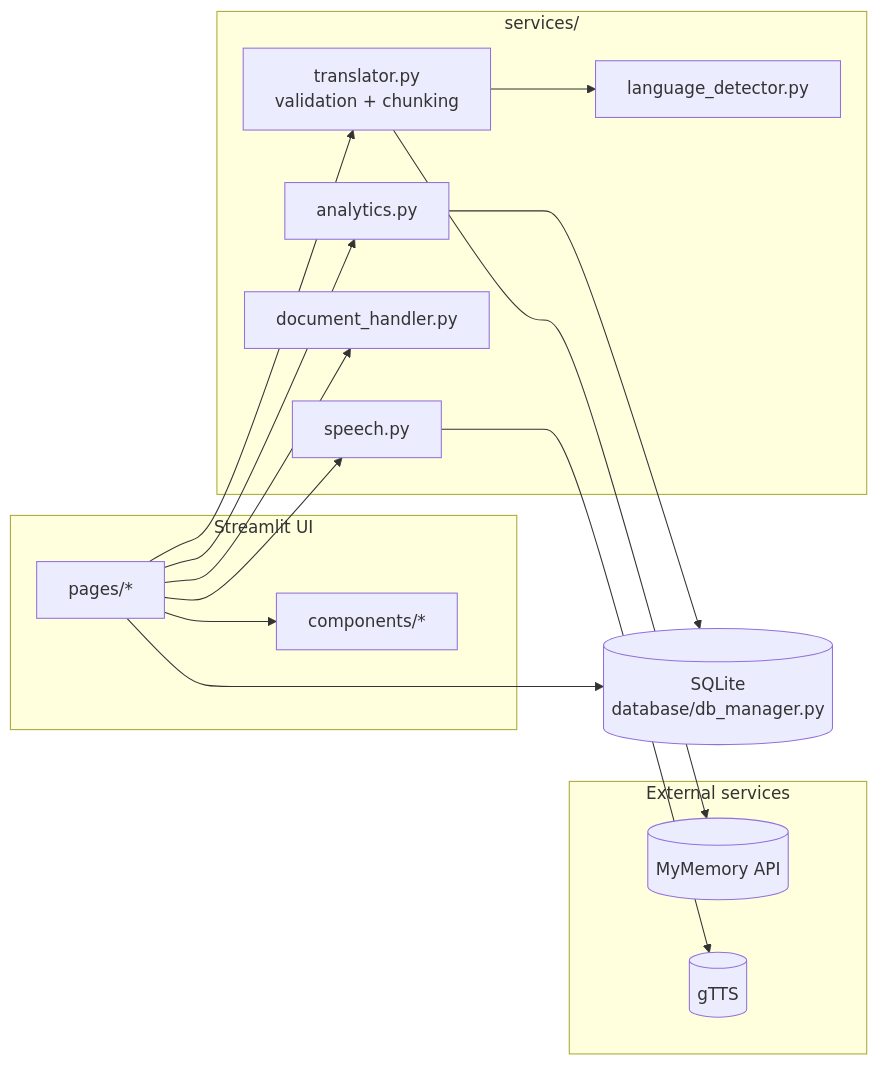
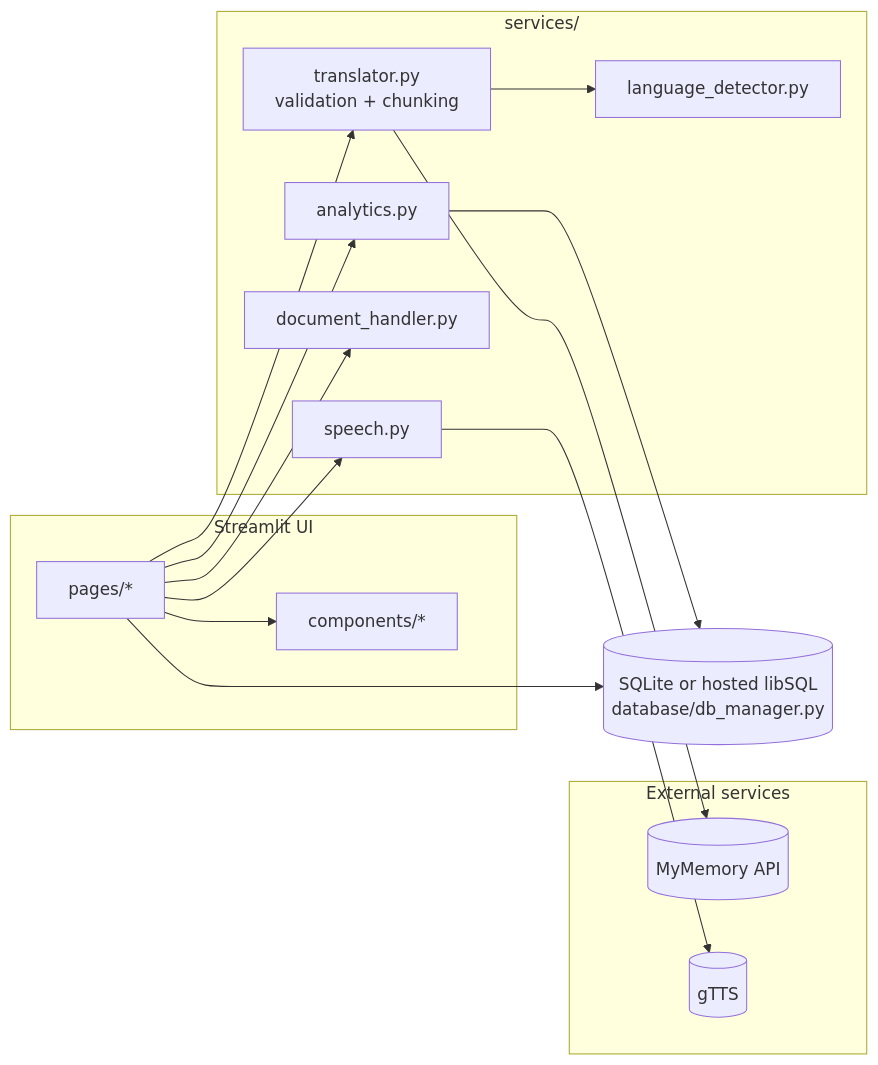
The first of 2 diagrams in README.md (AmanGupta-ai143/LinguaAI), drawn with Mermaid before and after one commit. The commit also changed other lines of this file and 23 other files, not shown here.

````diff
--- a/README.md
+++ b/README.md
@@ -41,24 +43,24 @@
 ```mermaid
 flowchart LR
   subgraph Frontend [Streamlit UI]
     P[pages/*] --> C[components/*]
   end
   subgraph Backend [services/]
     T[translator.py<br/>validation + chunking]
     L[language_detector.py]
     S[speech.py]
     D[document_handler.py]
     A[analytics.py]
   end
   subgraph Ext [External services]
     M[(MyMemory API)]
     G[(gTTS)]
   end
-  DB[(SQLite<br/>database/db_manager.py)]
+  DB[(SQLite or hosted libSQL<br/>database/db_manager.py)]
   P --> T & S & D & A
   T --> L
   T --> M
   S --> G
   P --> DB
   A --> DB
 ```
````
